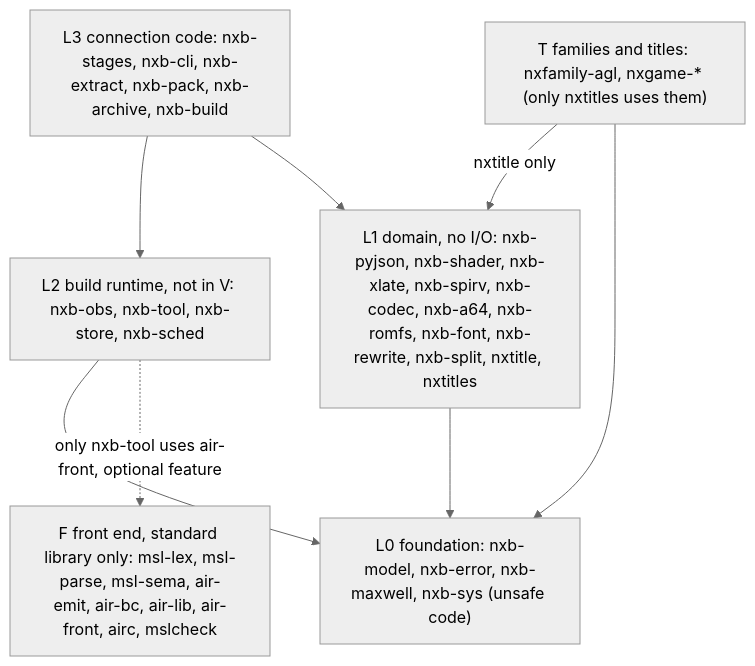
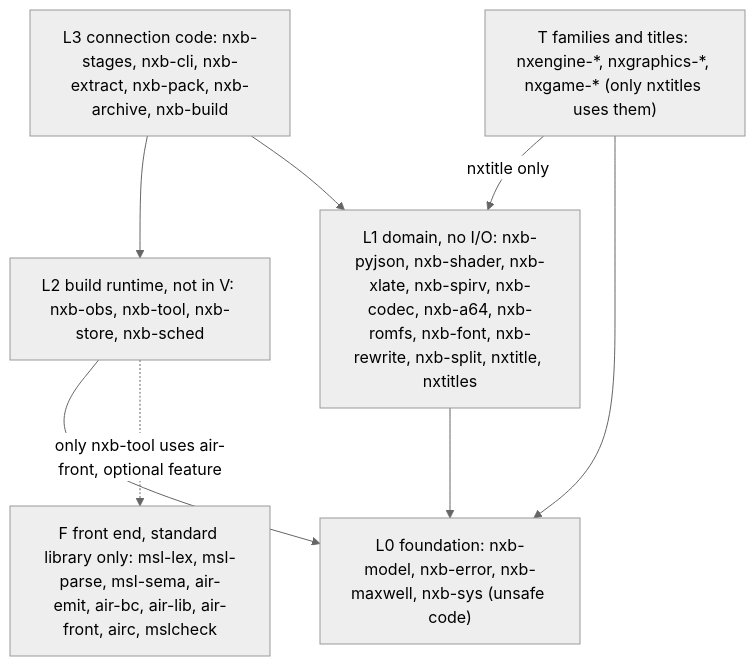
One commit to b4f8abbb24dbf56a7d0280f296e16eeb/nxkit changed the first of 3 diagrams in docs/architecture.md. Above: the diagram before and after it, drawn with Mermaid (neutral theme). The commit also changed other lines of this file and 598 other files, not shown here.

````diff
--- a/docs/architecture.md
+++ b/docs/architecture.md
@@ -24,14 +24,14 @@
 ```mermaid
 flowchart TD
   L3["L3 connection code: nxb-stages, nxb-cli, nxb-extract, nxb-pack, nxb-archive, nxb-build"]
   L2["L2 build runtime, not in V: nxb-obs, nxb-tool, nxb-store, nxb-sched"]
   L1["L1 domain, no I/O: nxb-pyjson, nxb-shader, nxb-xlate, nxb-spirv, nxb-codec, nxb-a64, nxb-romfs, nxb-font, nxb-rewrite, nxb-split, nxtitle, nxtitles"]
   L0["L0 foundation: nxb-model, nxb-error, nxb-maxwell, nxb-sys (unsafe code)"]
-  LT["T families and titles: nxfamily-agl, nxgame-* (only nxtitles uses them)"]
+  LT["T families and titles: nxengine-*, nxgraphics-*, nxgame-* (only nxtitles uses them)"]
   LF["F front end, standard library only: msl-lex, msl-parse, msl-sema, air-emit, air-bc, air-lib, air-front, airc, mslcheck"]
   L3 --> L2 --> L0
   L3 --> L1 --> L0
   LT -->|nxtitle only| L1
   LT --> L0
   L2 -.->|only nxb-tool uses air-front, optional feature| LF
 ```
````
